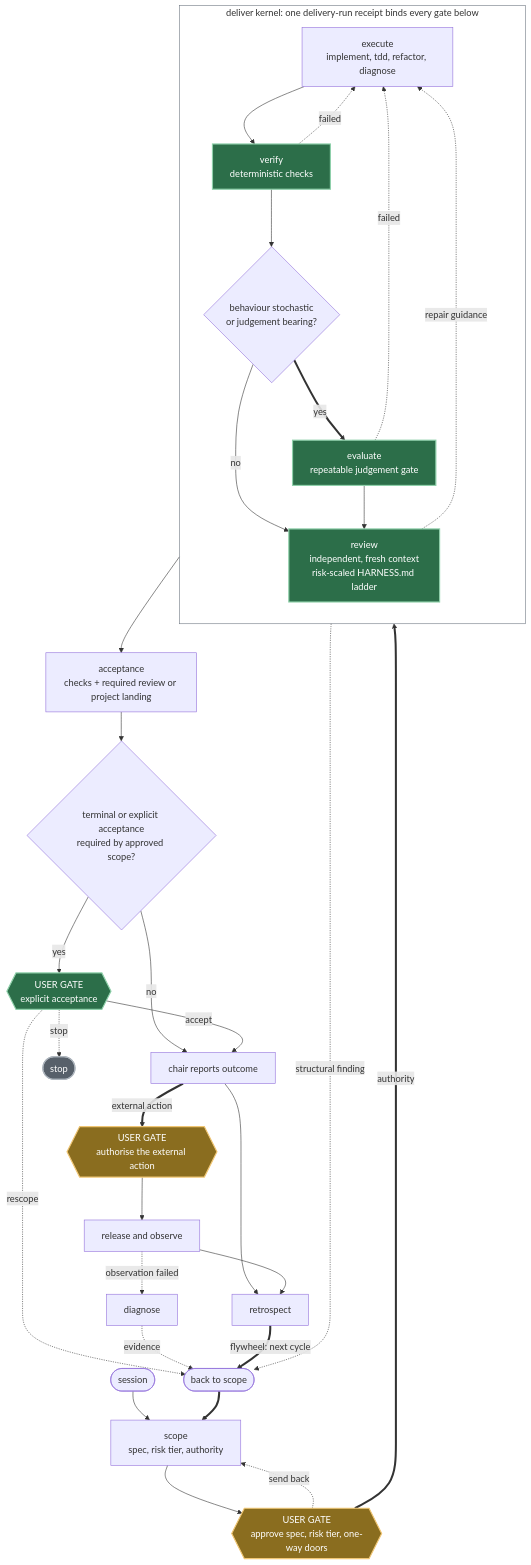
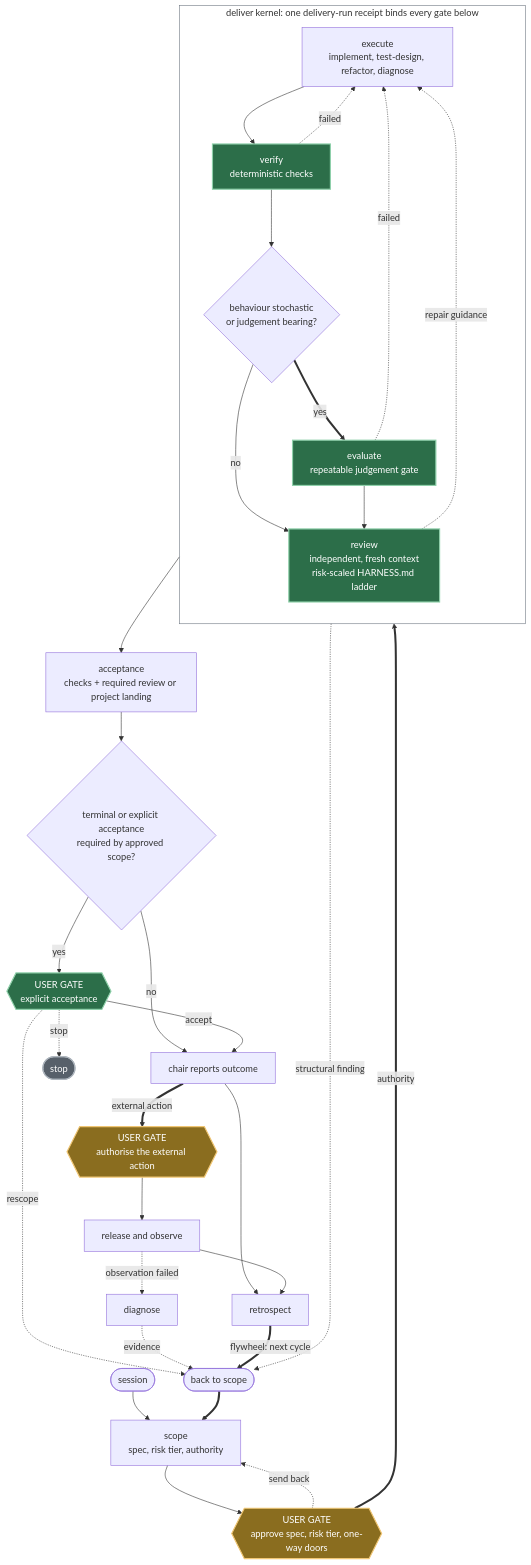
The second of 3 diagrams in docs/ARCHITECTURE.md (mblauberg/provenant), drawn with Mermaid before and after one commit. The commit also changed other lines of this file and 3 other files, not shown here.

Commit message:
Align HARNESS, README, ARCHITECTURE and MAINTAINING with the reworked skill set

````diff
--- a/docs/ARCHITECTURE.md
+++ b/docs/ARCHITECTURE.md
@@ -131,48 +131,48 @@
 ```mermaid
 flowchart TB
     accTitle: The full delivery lifecycle and its user gates
-    accDescr: Session prepares context and scope produces the specification, risk tier and authority. A user gate approves the specification or sends it back to scope. Inside the deliver kernel, execute runs implement, tdd, refactor or diagnose, then deterministic verification, an optional conditional evaluate gate and independent review in fresh contexts. Coverage follows the HARNESS.md Review ladder, with an adversarial lens added at terminal. Failed checks and blocking findings return to execute under the repair guidance in the delivery skills; no runtime repair budget is enforced. Objective checks and tier-required review meet acceptance, or a project may name its landing gate. Explicit user acceptance is required only for terminal work or approved scope. The chair reports the outcome and the user may reject it. Any external action needs separate user authorisation before release and observation. A failed observation opens diagnose. Returns to scope converge on one back-to-scope collector.
+    accDescr: Session prepares context and scope produces the specification, risk tier and authority. A user gate approves the specification or sends it back to scope. Inside the deliver kernel, execute runs implement, test-design, refactor or diagnose, then deterministic verification, an optional conditional evaluate gate and independent review in fresh contexts. Coverage follows the HARNESS.md Review ladder, with an adversarial lens added at terminal. Failed checks and blocking findings return to execute under the repair guidance in the delivery skills; no runtime repair budget is enforced. Objective checks and tier-required review meet acceptance, or a project may name its landing gate. Explicit user acceptance is required only for terminal work or approved scope. The chair reports the outcome and the user may reject it. Any external action needs separate user authorisation before release and observation. A failed observation opens diagnose. Returns to scope converge on one back-to-scope collector.
     SE(["session"]) --> SC["scope<br/>spec, risk tier, authority"]
     SC --> G1{{"USER GATE<br/>approve spec, risk tier, one-way doors"}}
     G1 -. "send back" .-> SC
     G1 == "authority" ==> DEL
 
     subgraph DEL["deliver kernel: one delivery-run receipt binds every gate below"]
       direction TB
-      EX["execute<br/>implement, tdd, refactor, diagnose"] --> VF["verify<br/>deterministic checks"]
+      EX["execute<br/>implement, test-design, refactor, diagnose"] --> VF["verify<br/>deterministic checks"]
       VF -. "failed" .-> EX
       VF --> Q{"behaviour stochastic<br/>or judgement bearing?"}
       Q -- "no" --> RV
       Q == "yes" ==> EV["evaluate<br/>repeatable judgement gate"]
       EV -. "failed" .-> EX
       EV --> RV["review<br/>independent, fresh context<br/>risk-scaled HARNESS.md ladder"]
       RV -. "repair guidance" .-> EX
     end
 
     RV --> AC["acceptance<br/>checks + required review or project landing"]
     AC --> Q2{"terminal or explicit acceptance<br/>required by approved scope?"}
     Q2 -- "yes" --> G2{{"USER GATE<br/>explicit acceptance"}}
     Q2 -- "no" --> OUT["chair reports outcome"]
     G2 -- "accept" --> OUT
     G2 -. "stop" .-> HALT(["stop"])
     OUT --> RT["retrospect"]
     OUT == "external action" ==> G3{{"USER GATE<br/>authorise the external action"}}
     G3 --> RL["release and observe"]
     RL -. "observation failed" .-> DG["diagnose"]
     RL --> RT
 
     RV -. "structural finding" .-> RS
     G2 -. "rescope" .-> RS
     DG -. "evidence" .-> RS
     RT == "flywheel: next cycle" ==> RS
     RS(["back to scope"]) ==> SC
 
     classDef user fill:#8a6d1f,stroke:#f0c674,color:#ffffff,stroke-width:2px
     classDef blocking fill:#2c6e49,stroke:#8fd0aa,color:#ffffff,stroke-width:2px
     classDef inert fill:#57606a,stroke:#adb5bd,color:#ffffff,stroke-width:2px
     class G1,G3 user
     class G2 blocking
     class VF,EV,RV blocking
     class HALT inert
     style DEL fill:none,stroke:#6e7781,stroke-width:1px
 ```
````
